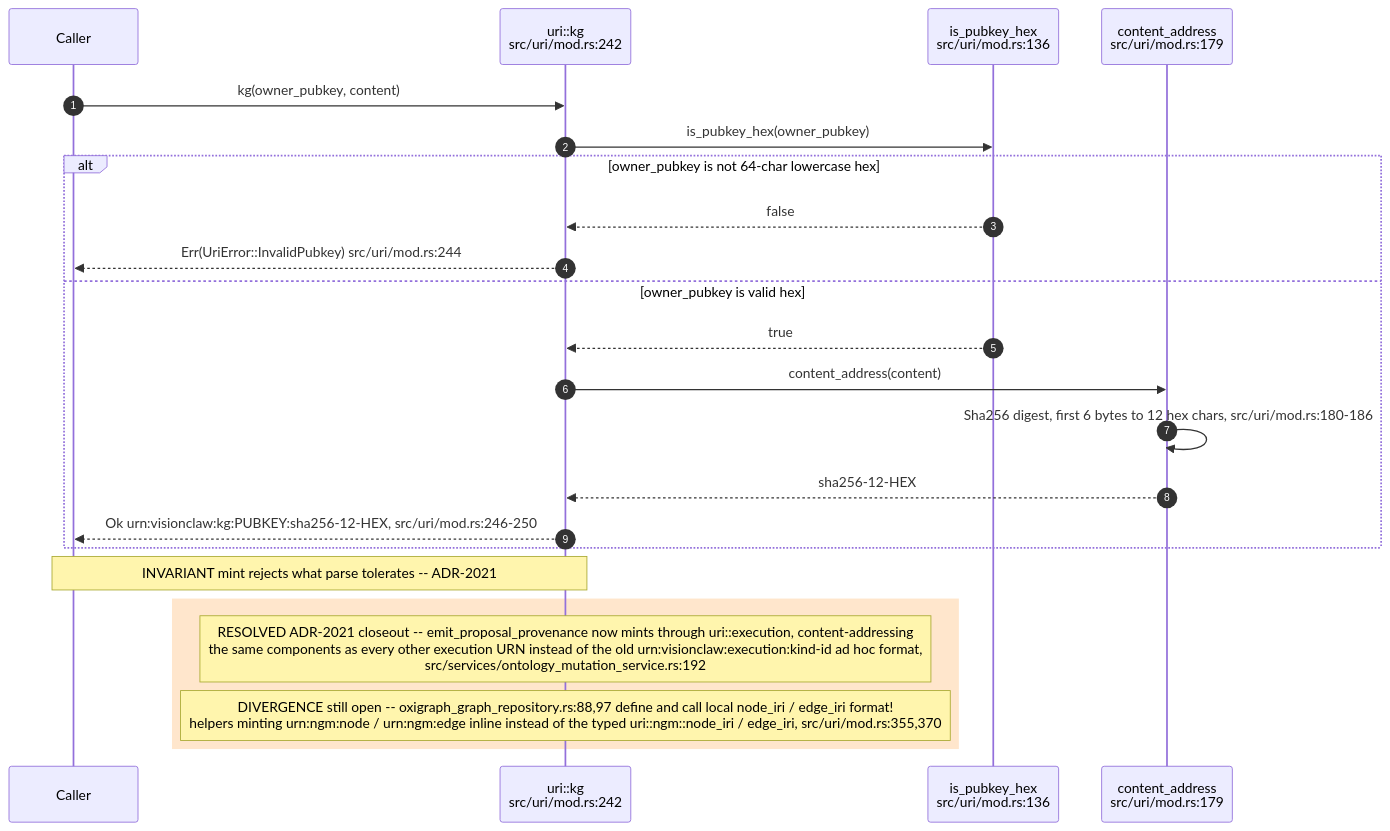
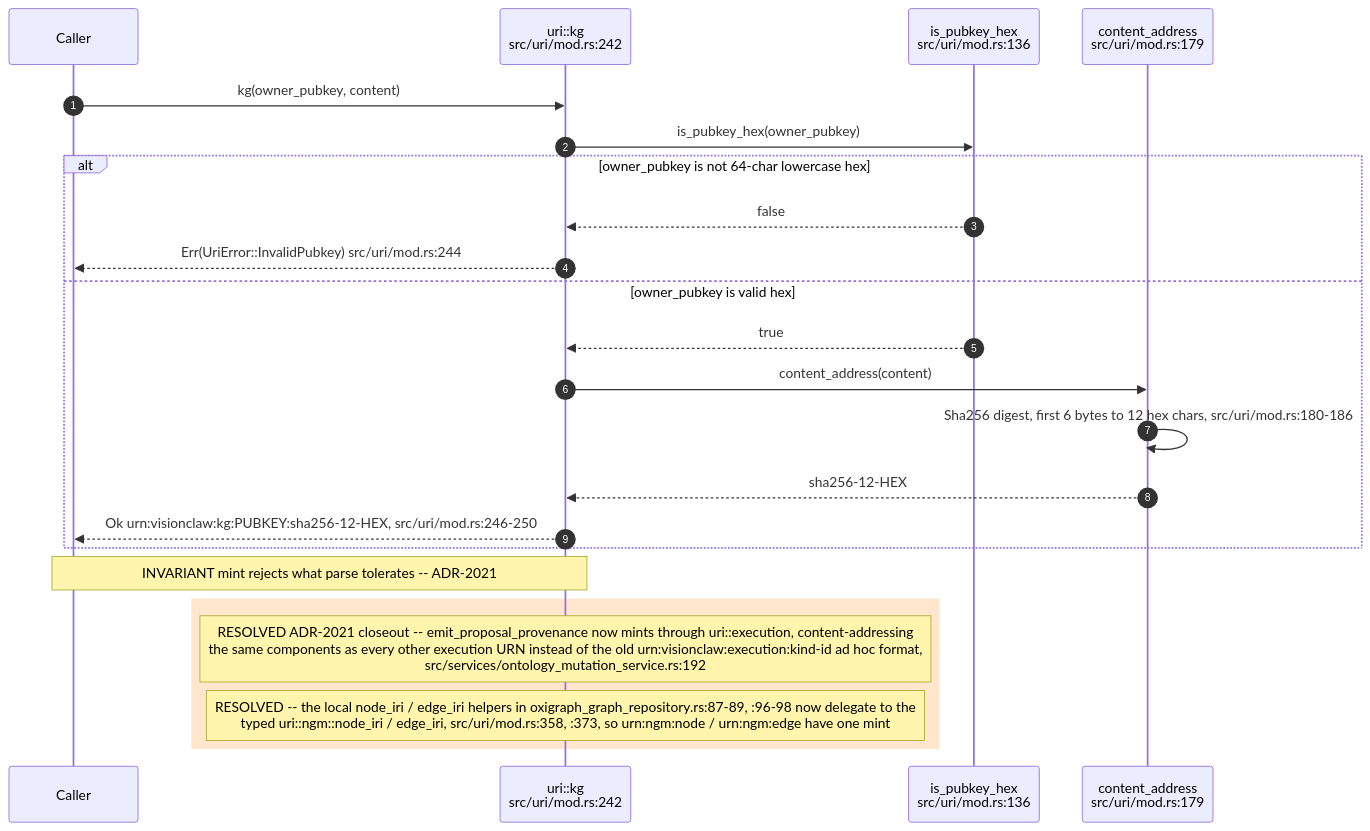
Before and after one commit to DreamLab-AI/VisionFlow: the second of 10 diagrams in docs/diagrams/visionclaw/23-identifiers-urn-did-sha12.md, drawn with Mermaid. The commit also changed other lines of this file and 173 other files, not shown here.

````diff
--- a/docs/diagrams/visionclaw/23-identifiers-urn-did-sha12.md
+++ b/docs/diagrams/visionclaw/23-identifiers-urn-did-sha12.md
@@ -97,25 +98,25 @@
 ```mermaid
 sequenceDiagram
     autonumber
     participant Caller
     participant U as uri::kg<br/>src/uri/mod.rs:242
     participant PK as is_pubkey_hex<br/>src/uri/mod.rs:136
     participant CA as content_address<br/>src/uri/mod.rs:179
     Caller->>U: kg(owner_pubkey, content)
     U->>PK: is_pubkey_hex(owner_pubkey)
     alt owner_pubkey is not 64-char lowercase hex
         PK-->>U: false
         U-->>Caller: Err(UriError::InvalidPubkey) src/uri/mod.rs:244
     else owner_pubkey is valid hex
         PK-->>U: true
         U->>CA: content_address(content)
         CA->>CA: Sha256 digest, first 6 bytes to 12 hex chars, src/uri/mod.rs:180-186
         CA-->>U: sha256-12-HEX
         U-->>Caller: Ok urn:visionclaw:kg:PUBKEY:sha256-12-HEX, src/uri/mod.rs:246-250
     end
     Note over Caller,U: INVARIANT mint rejects what parse tolerates -- ADR-2021
     rect rgb(255,230,204)
     Note over U: RESOLVED ADR-2021 closeout -- emit_proposal_provenance now mints through uri::execution, content-addressing<br/>the same components as every other execution URN instead of the old urn:visionclaw:execution:kind-id ad hoc format,<br/>src/services/ontology_mutation_service.rs:192
-    Note over U: DIVERGENCE still open -- oxigraph_graph_repository.rs:88,97 define and call local node_iri / edge_iri format!<br/>helpers minting urn:ngm:node / urn:ngm:edge inline instead of the typed uri::ngm::node_iri / edge_iri, src/uri/mod.rs:355,370
+    Note over U: RESOLVED -- the local node_iri / edge_iri helpers in oxigraph_graph_repository.rs:87-89, :96-98 now delegate to the<br/>typed uri::ngm::node_iri / edge_iri, src/uri/mod.rs:358, :373, so urn:ngm:node / urn:ngm:edge have one mint
     end
 ```
````
